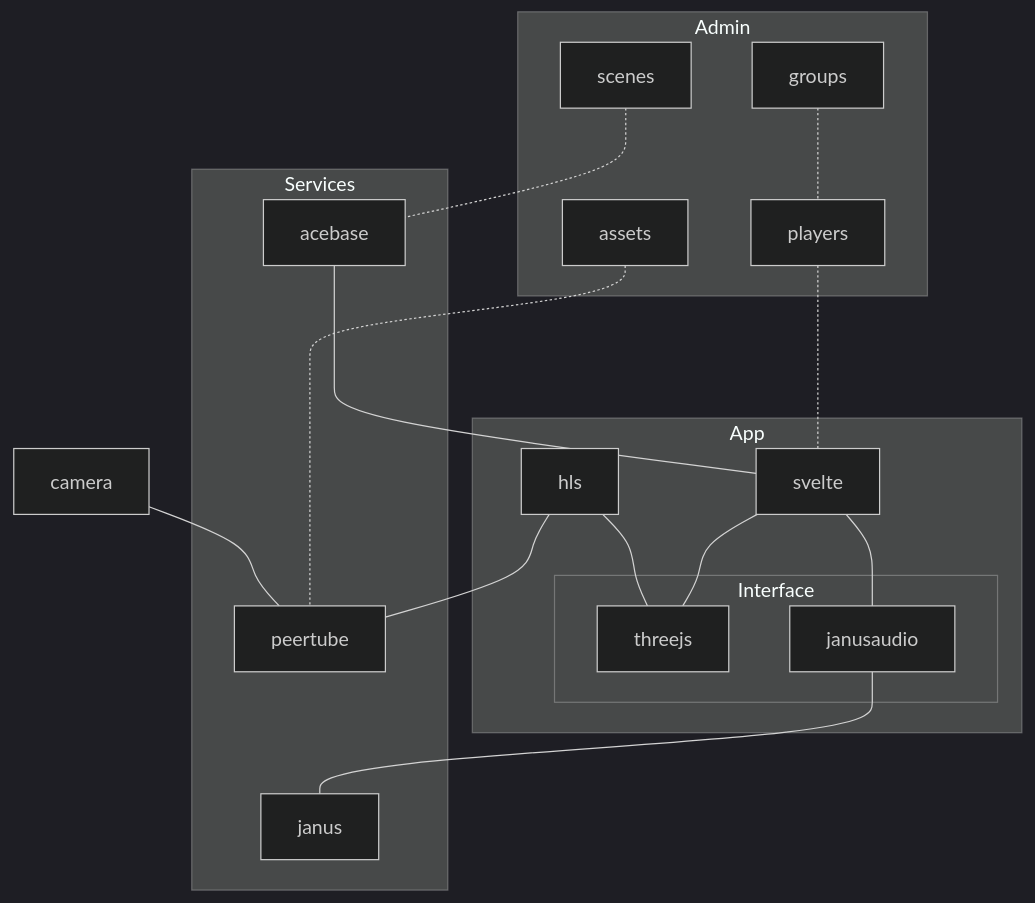
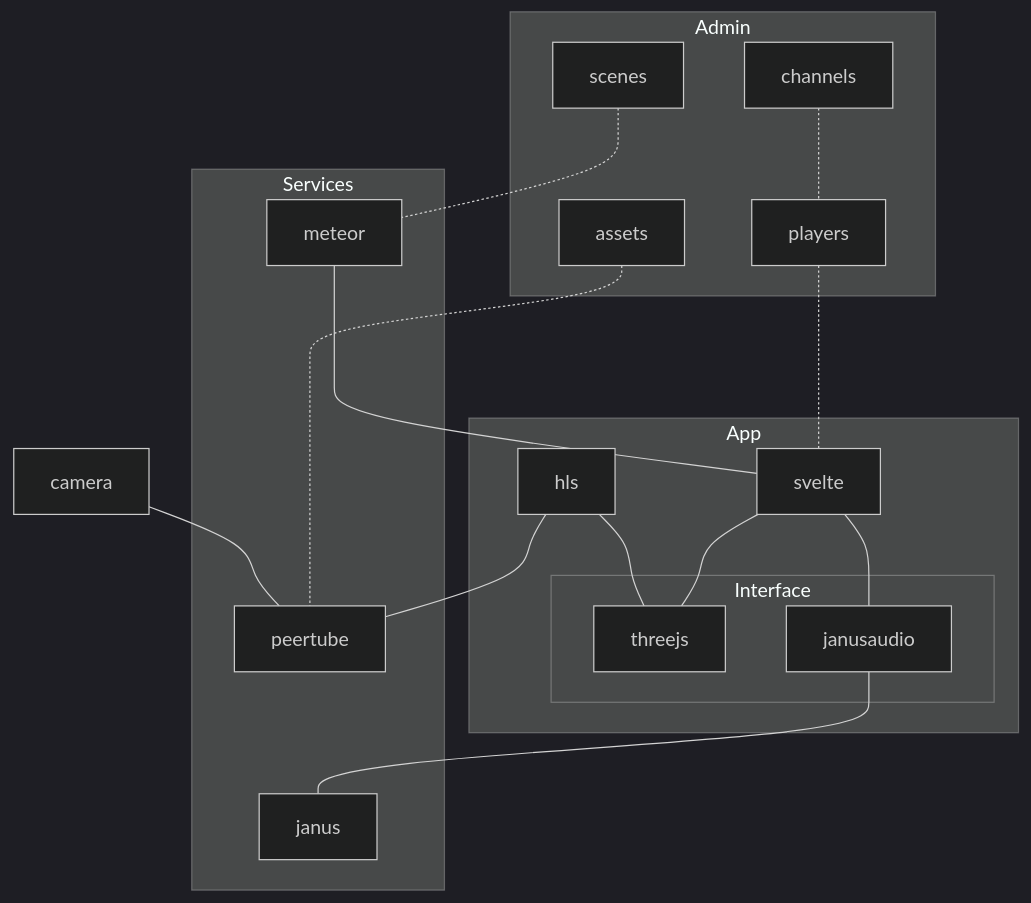
One commit to retani/360vr changed the diagram in README.md. Above: the diagram before and after it, drawn with Mermaid (dark theme). The commit also changed 28 other files, not shown here.

````diff
--- a/README.md
+++ b/README.md
@@ -3,43 +3,43 @@
 ```mermaid
 
 graph TD
 
     subgraph Services
-      acebase
+      meteor
       janus
       peertube
     end
 
     subgraph App
       svelte
       hls
       subgraph Interface
         threejs
         janusaudio
       end
     end
 
     subgraph Admin
       scenes
       assets
       players
-      groups
+      channels
     end
     
-    acebase ---- svelte
+    meteor ---- svelte
     janusaudio --- janus
     hls --- peertube
 
     svelte --- threejs
     hls --- threejs
 
     svelte --- janusaudio
 
     assets -.- peertube
-    scenes -.- acebase
+    scenes -.- meteor
     players -.- svelte
-    groups -.- players
+    channels -.- players
     
     camera --- peertube
     
 ```
````
